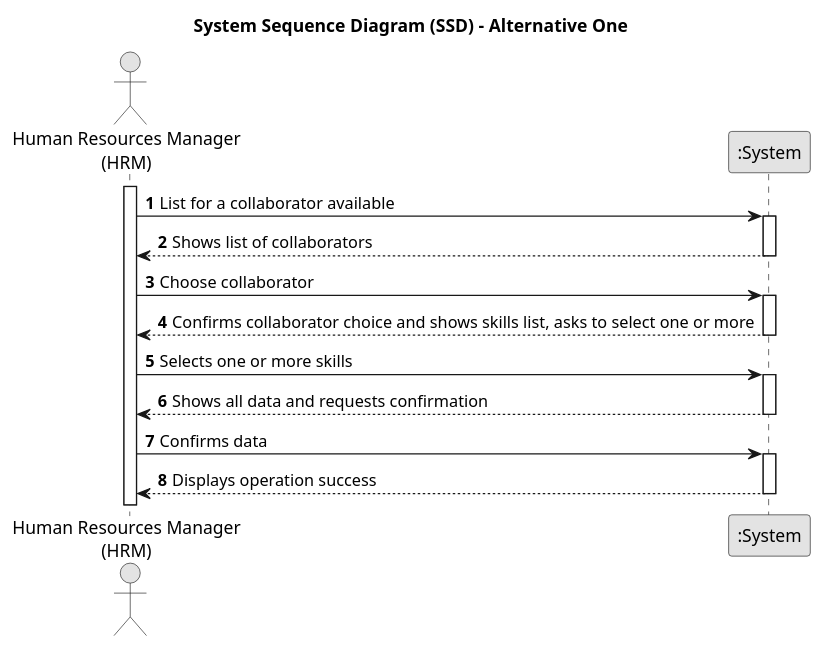
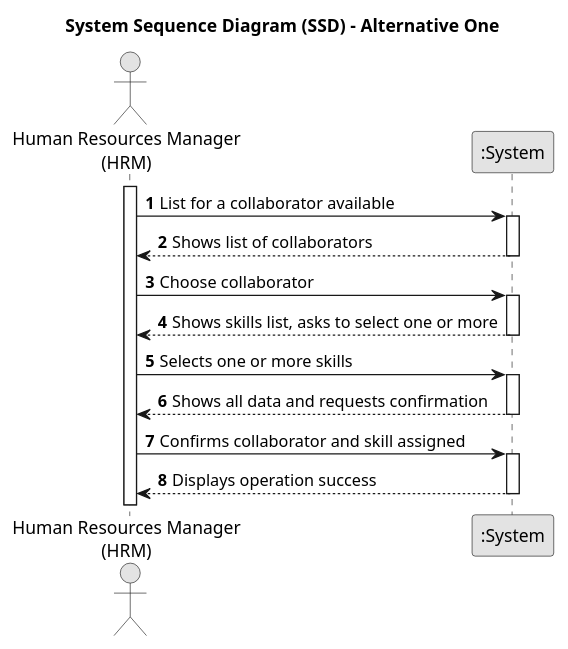
Before and after one commit to Mendoncaa/LAPR2: the diagram in docs/sprintC/us004/01.requirements-engineering/puml/us004-system-sequence-diagram.puml, drawn with PlantUML. The commit also changed 19 other files, not shown here.

Commit message:
Update class diagram and sequence diagram (US01 and US04), update domain model

```diff
--- a/docs/sprintC/us004/01.requirements-engineering/puml/us004-system-sequence-diagram.puml
+++ b/docs/sprintC/us004/01.requirements-engineering/puml/us004-system-sequence-diagram.puml
@@ -1,39 +1,39 @@
 @startuml
 skinparam monochrome true
 skinparam packageStyle rectangle
 skinparam shadowing false
 
 title System Sequence Diagram (SSD) - Alternative One
 
 autonumber
 
 actor "Human Resources Manager\n(HRM)" as Employee
 participant ":System" as System
 
 activate Employee
 
     Employee -> System : List for a collaborator available
     activate System
 
         System --> Employee : Shows list of collaborators
     deactivate System
 
     Employee -> System : Choose collaborator
     activate System
 
-        System --> Employee : Confirms collaborator choice and shows skills list, asks to select one or more
+        System --> Employee : Shows skills list, asks to select one or more
     deactivate System
 
     Employee -> System : Selects one or more skills
     activate System
 
         System --> Employee : Shows all data and requests confirmation
     deactivate System
 
-    Employee -> System : Confirms data
+    Employee -> System : Confirms collaborator and skill assigned
     activate System
 
         System --> Employee : Displays operation success
     deactivate System
 
 @enduml
```
